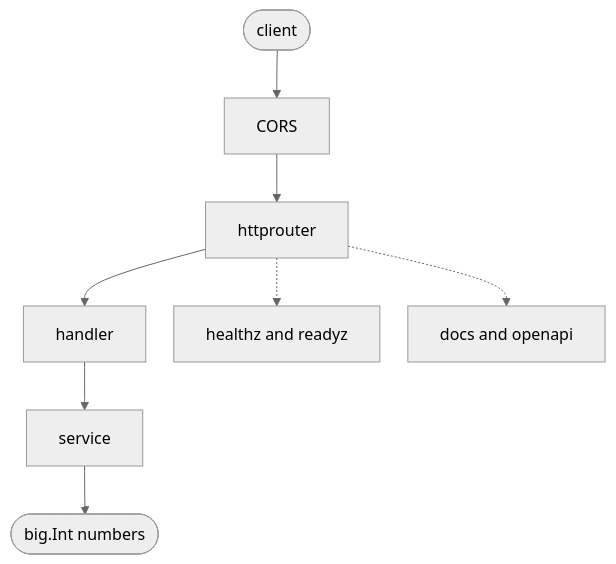
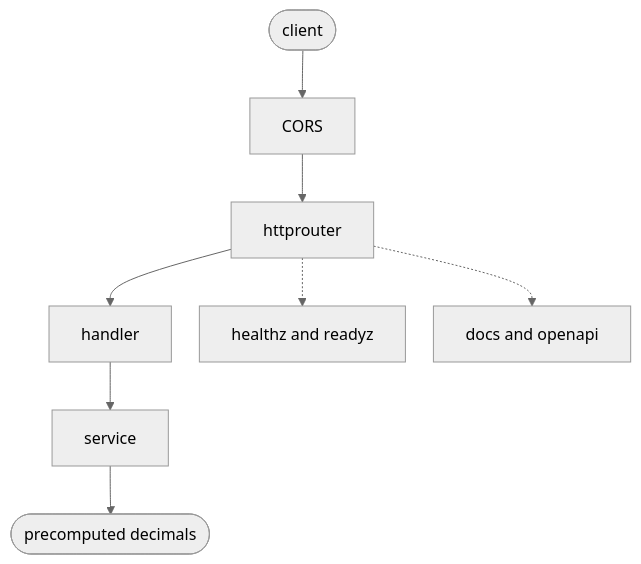
The diagram in README.md (akrem-chabchoub/fibonacci-api), drawn with Mermaid before and after one commit. The commit also changed other lines of this file, not shown here.

````diff
--- a/README.md
+++ b/README.md
@@ -11,13 +11,13 @@
 ```mermaid
 %%{init: {"theme": "neutral", "flowchart": {"curve": "basis", "padding": 16, "nodeSpacing": 28, "rankSpacing": 48}}}%%
 flowchart TB
   client([client]) --> cors[CORS]
   cors --> mux[httprouter]
 
   mux --> handler[handler]
   handler --> service[service]
-  service --> json([big.Int numbers])
+  service --> json([precomputed decimals])
 
   mux -.-> health[healthz and readyz]
   mux -.-> docs[docs and openapi]
 ```
````
